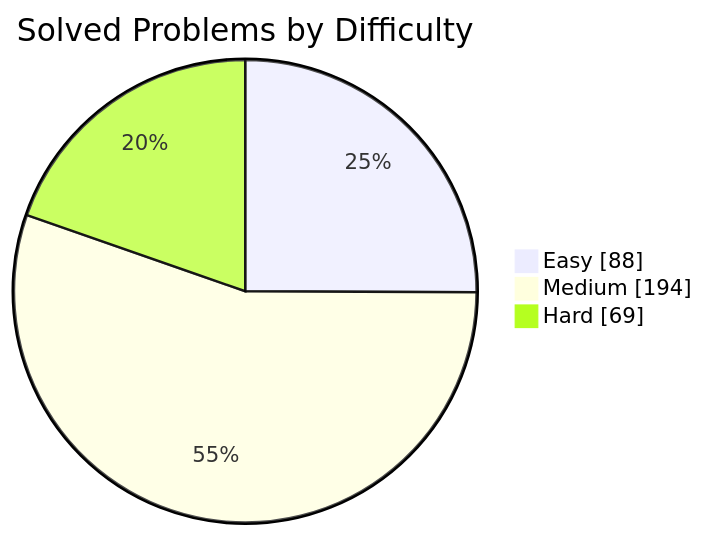
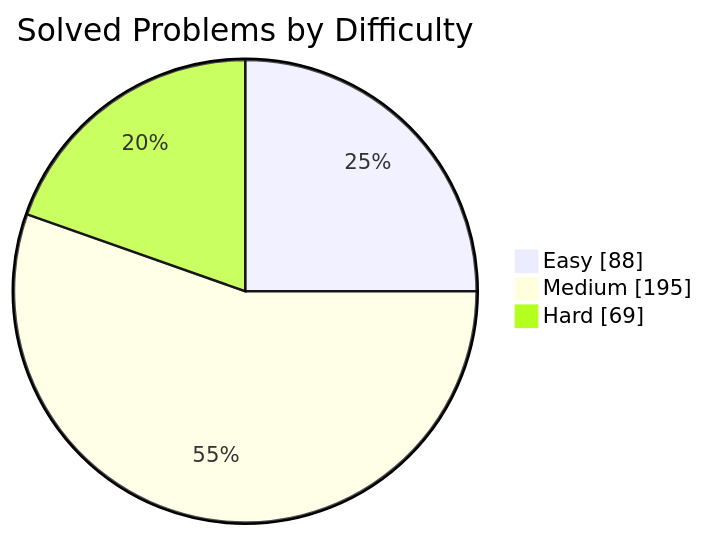
The first of 2 diagrams in README.md (manikantbindass/DSA-Preparation-FAANG), drawn with Mermaid before and after one commit. The commit also changed other lines of this file and 1 other file, not shown here.

````diff
--- a/README.md
+++ b/README.md
@@ -77,7 +77,7 @@
 ```mermaid
 pie showData
     title Solved Problems by Difficulty
     "Easy" : 88
-    "Medium" : 194
+    "Medium" : 195
     "Hard" : 69
 ```
````
